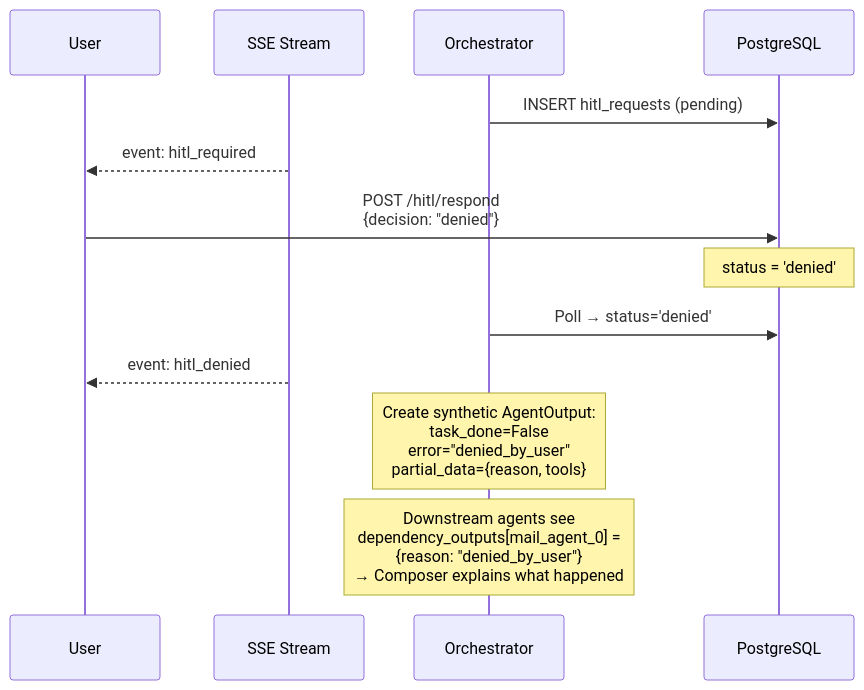
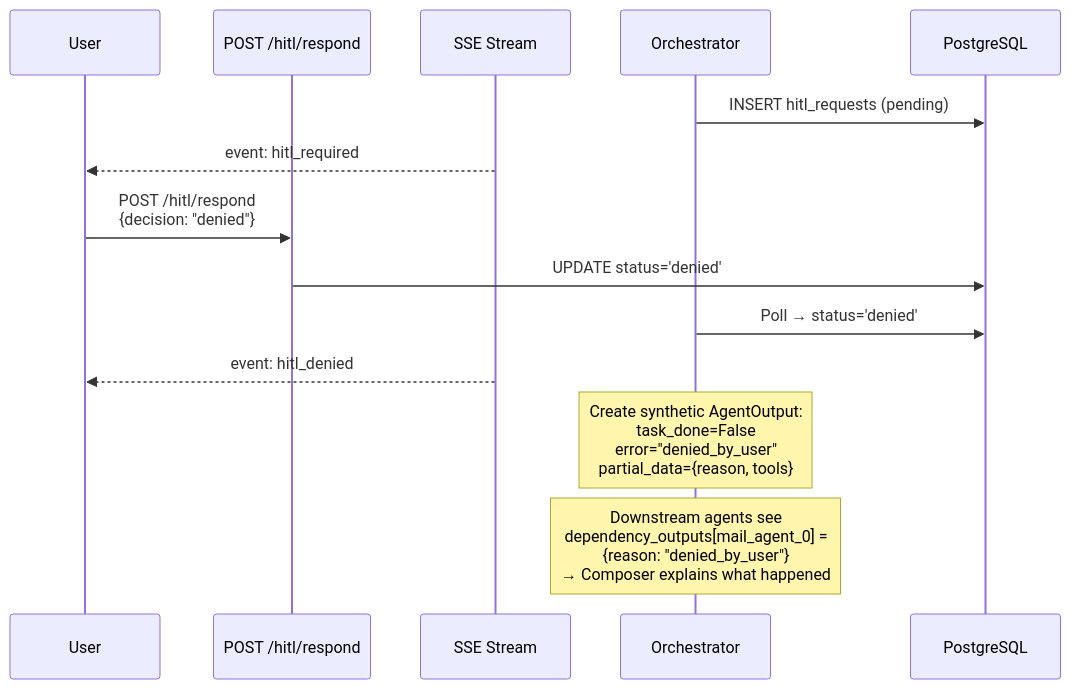
Before and after one commit to vinu0404/TopoSort-RAG: diagram 28 of 32 in README.md, drawn with Mermaid. The commit also changed other lines of this file and 13 other files, not shown here.

````diff
--- a/README.md
+++ b/README.md
@@ -3310,20 +3602,21 @@
 ```mermaid
 sequenceDiagram
     participant User as User
+    participant HITL as POST /hitl/respond
     participant SSE as SSE Stream
     participant Orch as Orchestrator
     participant DB as PostgreSQL
 
     Orch->>DB: INSERT hitl_requests (pending)
     SSE-->>User: event: hitl_required
 
-    User->>DB: POST /hitl/respond<br/>{decision: "denied"}
-    Note over DB: status = 'denied'
+    User->>HITL: POST /hitl/respond<br/>{decision: "denied"}
+    HITL->>DB: UPDATE status='denied'
 
     Orch->>DB: Poll → status='denied'
     SSE-->>User: event: hitl_denied
 
     Note over Orch: Create synthetic AgentOutput:<br/>task_done=False<br/>error="denied_by_user"<br/>partial_data={reason, tools}
 
     Note over Orch: Downstream agents see<br/>dependency_outputs[mail_agent_0] =<br/>{reason: "denied_by_user"}<br/>→ Composer explains what happened
 ```
````
